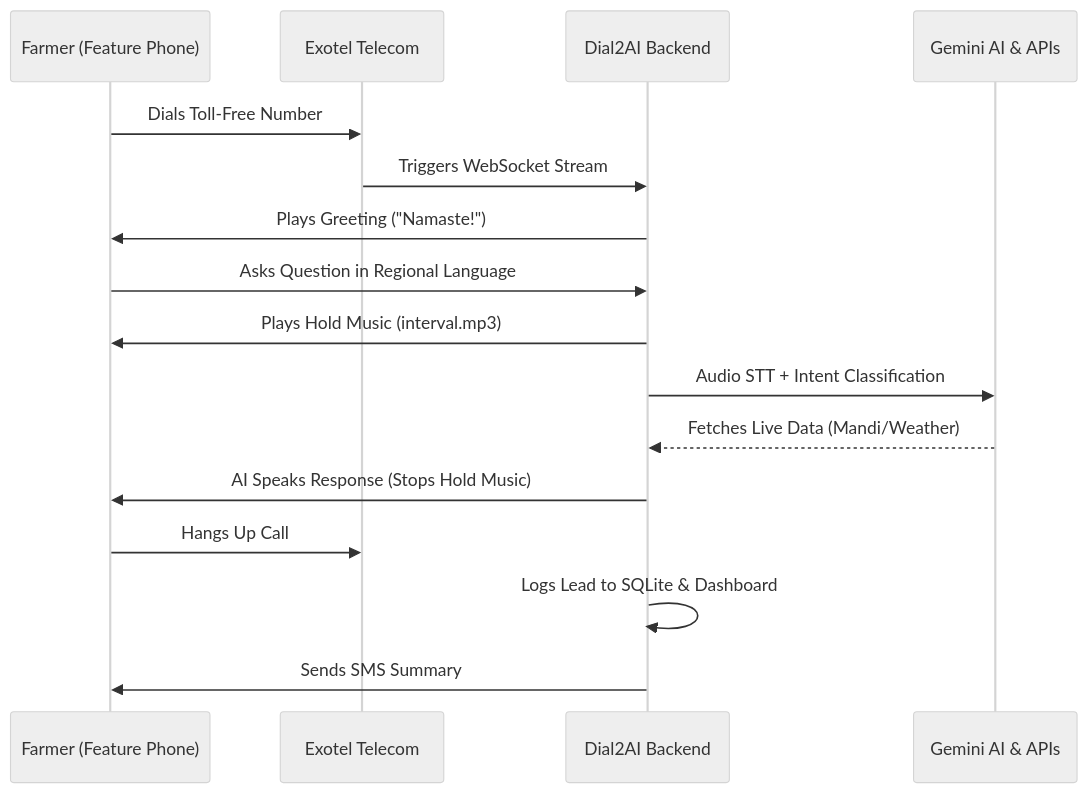
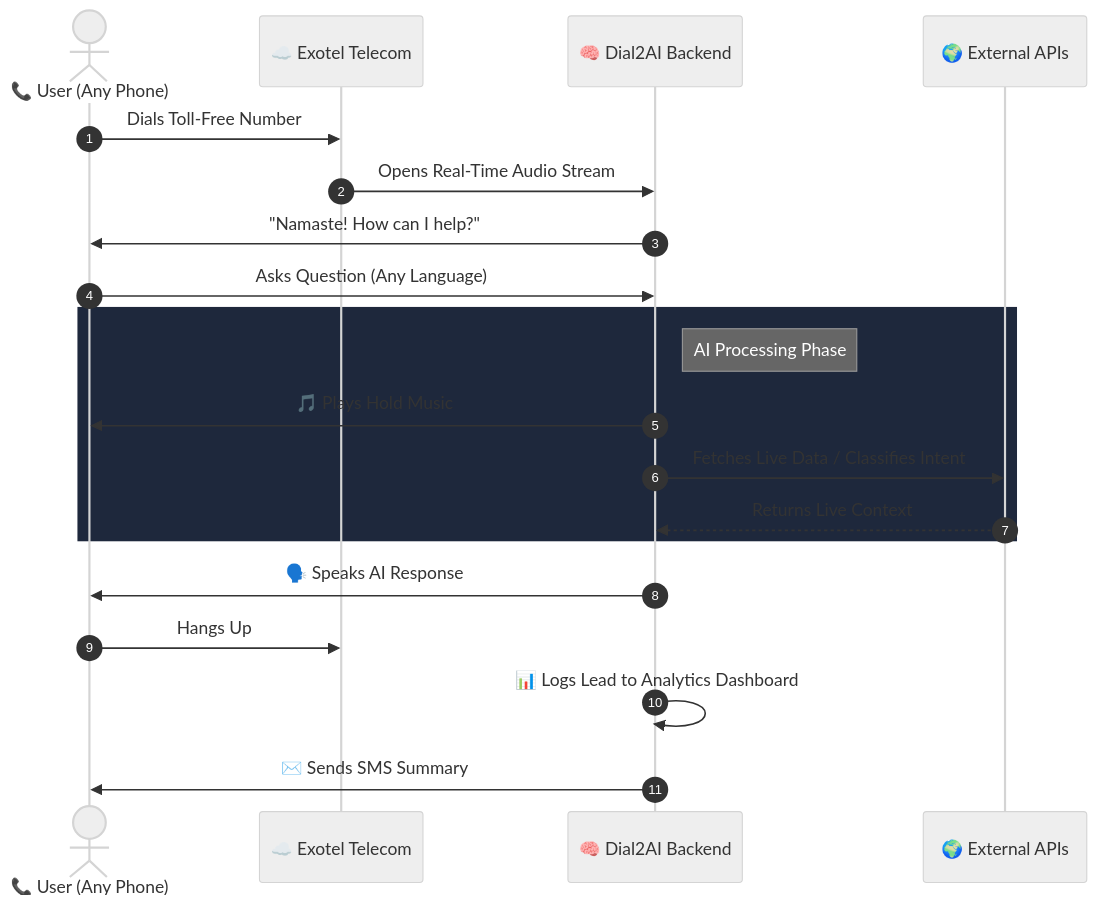
One commit to sagarhundia2-ops/demo changed the first of 2 diagrams in Readme.md. Above: the diagram before and after it, drawn with Mermaid (neutral theme). The commit also changed other lines of this file and 1 other file, not shown here.

Commit message:
docs: 🌍 Broadened scope from 'Farmers' to all disconnected citizens and polished Mermaid workflow

````diff
--- a/Readme.md
+++ b/Readme.md
@@ -84,19 +84,26 @@
 ```mermaid
 sequenceDiagram
-    participant F as Farmer (Feature Phone)
-    participant E as Exotel Telecom
-    participant B as Dial2AI Backend
-    participant A as Gemini AI & APIs
+    autonumber
+    actor Caller as 📞 User (Any Phone)
+    participant Cloud as ☁️ Exotel Telecom
+    participant AI as 🧠 Dial2AI Backend
+    participant APIs as 🌍 External APIs
+
+    Caller->>Cloud: Dials Toll-Free Number
+    Cloud->>AI: Opens Real-Time Audio Stream
+    AI->>Caller: "Namaste! How can I help?"
     
-    F->>E: Dials Toll-Free Number
-    E->>B: Triggers WebSocket Stream
-    B->>F: Plays Greeting ("Namaste!")
-    F->>B: Asks Question in Regional Language
-    B->>F: Plays Hold Music (interval.mp3)
-    B->>A: Audio STT + Intent Classification
-    A-->>B: Fetches Live Data (Mandi/Weather)
-    B->>F: AI Speaks Response (Stops Hold Music)
-    F->>E: Hangs Up Call
-    B->>B: Logs Lead to SQLite & Dashboard
-    B->>F: Sends SMS Summary
+    Caller->>AI: Asks Question (Any Language)
+    
+    rect rgb(30, 40, 60)
+    Note right of AI: AI Processing Phase
+    AI->>Caller: 🎵 Plays Hold Music
+    AI->>APIs: Fetches Live Data / Classifies Intent
+    APIs-->>AI: Returns Live Context
+    end
+
+    AI->>Caller: 🗣️ Speaks AI Response
+    Caller->>Cloud: Hangs Up
+    AI->>AI: 📊 Logs Lead to Analytics Dashboard
+    AI->>Caller: ✉️ Sends SMS Summary
 ```
````
